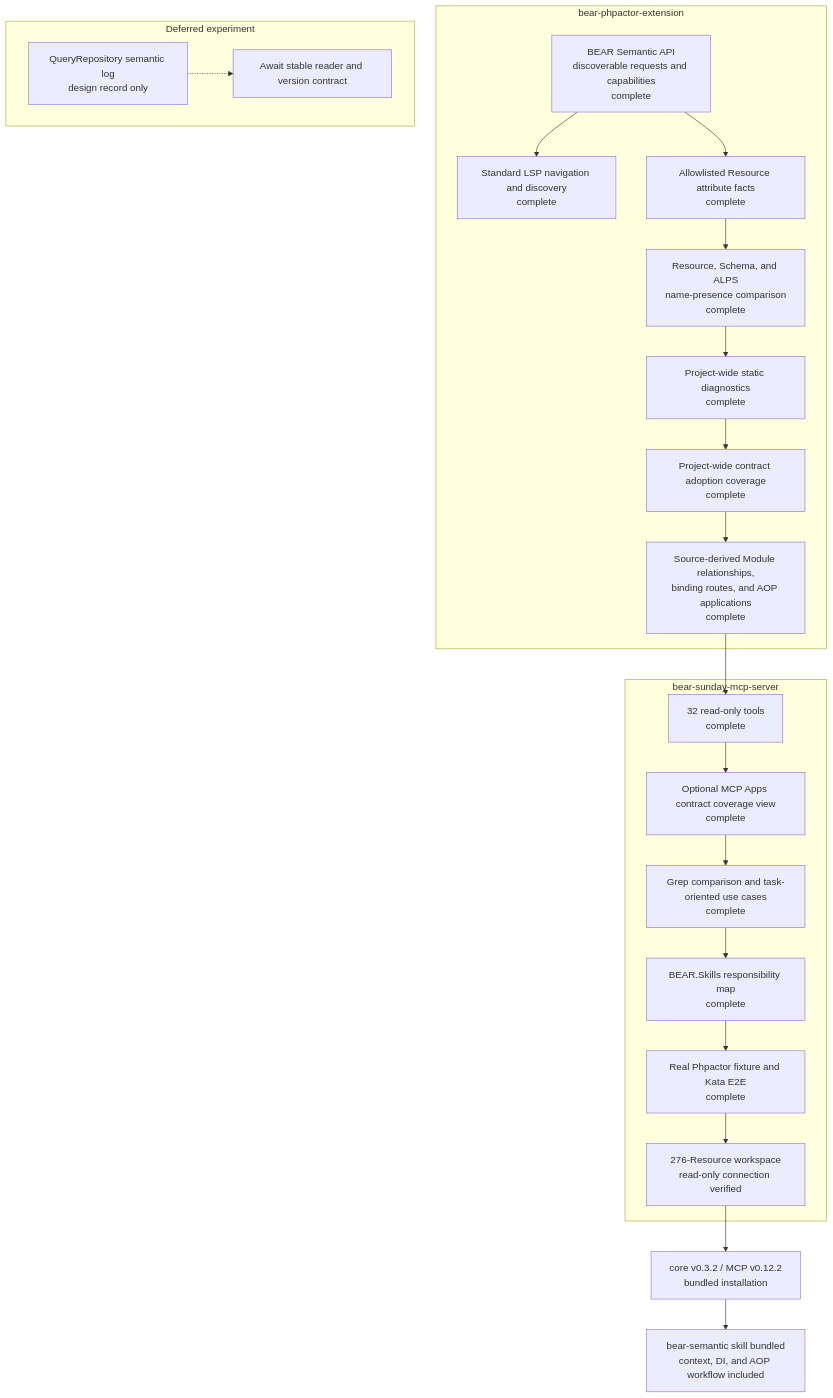
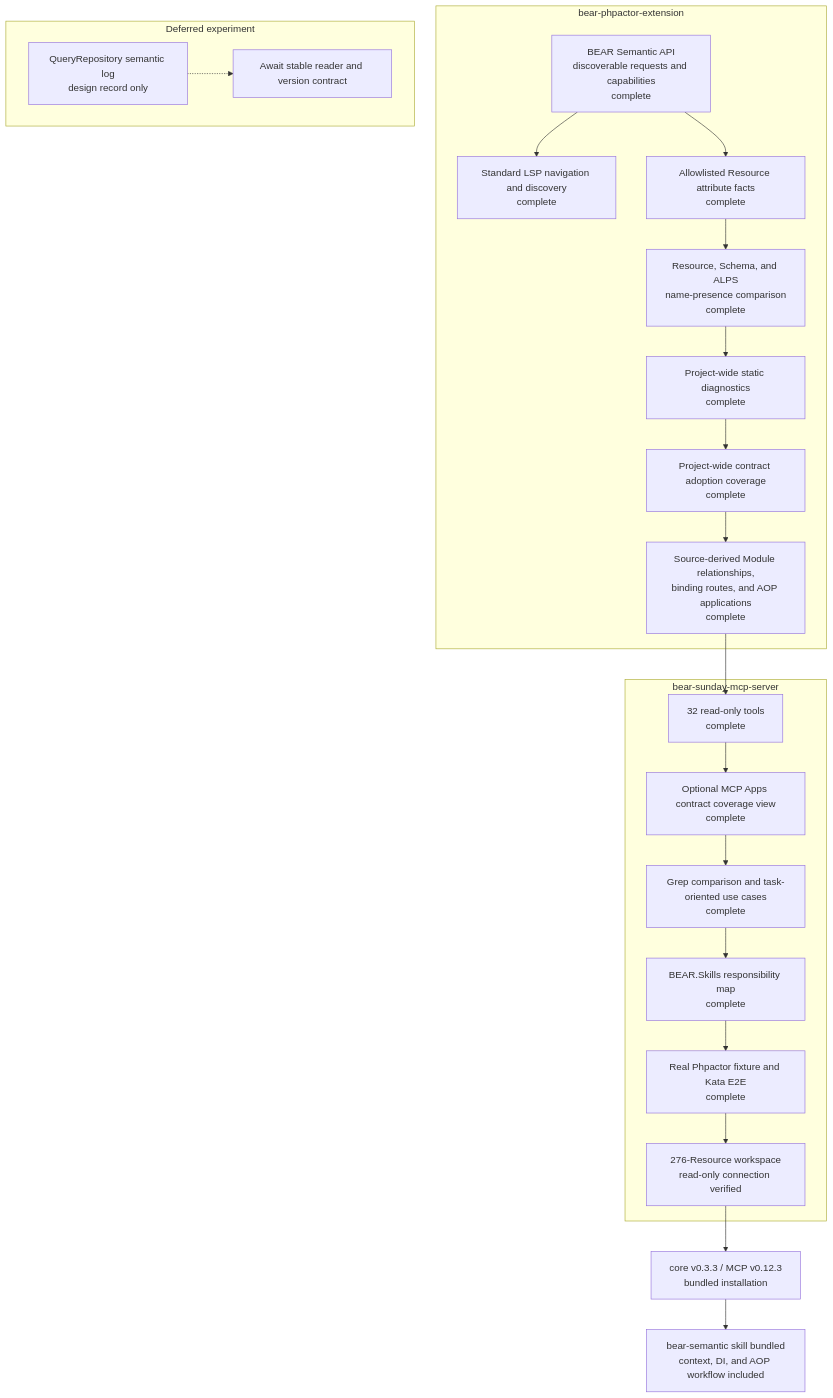
One commit to suzumaze/bear-sunday-mcp-server changed the diagram in docs/project-status.md. Above: the diagram before and after it, drawn with Mermaid. The commit also changed other lines of this file and 9 other files, not shown here.

````diff
--- a/docs/project-status.md
+++ b/docs/project-status.md
@@ -9,35 +9,35 @@
 ```mermaid
 flowchart TB
     subgraph Core["bear-phpactor-extension"]
         C1["BEAR Semantic API<br/>discoverable requests and capabilities<br/>complete"]
         C2["Standard LSP navigation and discovery<br/>complete"]
         C3["Allowlisted Resource attribute facts<br/>complete"]
         C4["Resource, Schema, and ALPS<br/>name-presence comparison<br/>complete"]
         C5["Project-wide static diagnostics<br/>complete"]
         C6["Project-wide contract adoption coverage<br/>complete"]
         C7["Source-derived Module relationships,<br/>binding routes, and AOP applications<br/>complete"]
         C1 --> C2
         C1 --> C3 --> C4 --> C5 --> C6 --> C7
     end
 
     subgraph MCP["bear-sunday-mcp-server"]
         M1["32 read-only tools<br/>complete"]
         M0["Optional MCP Apps contract coverage view<br/>complete"]
         M2["Grep comparison and task-oriented use cases<br/>complete"]
         M3["BEAR.Skills responsibility map<br/>complete"]
         M4["Real Phpactor fixture and Kata E2E<br/>complete"]
         M5["276-Resource workspace<br/>read-only connection verified"]
         M1 --> M0 --> M2 --> M3 --> M4 --> M5
     end
 
     C7 --> M1
 
     subgraph Deferred["Deferred experiment"]
         D1["QueryRepository semantic log<br/>design record only"]
         D2["Await stable reader and version contract"]
         D1 -.-> D2
     end
 
-    M5 --> R1["core v0.3.2 / MCP v0.12.2<br/>bundled installation"]
+    M5 --> R1["core v0.3.3 / MCP v0.12.3<br/>bundled installation"]
     R1 --> S1["bear-semantic skill bundled<br/>context, DI, and AOP workflow included"]
 ```
````
